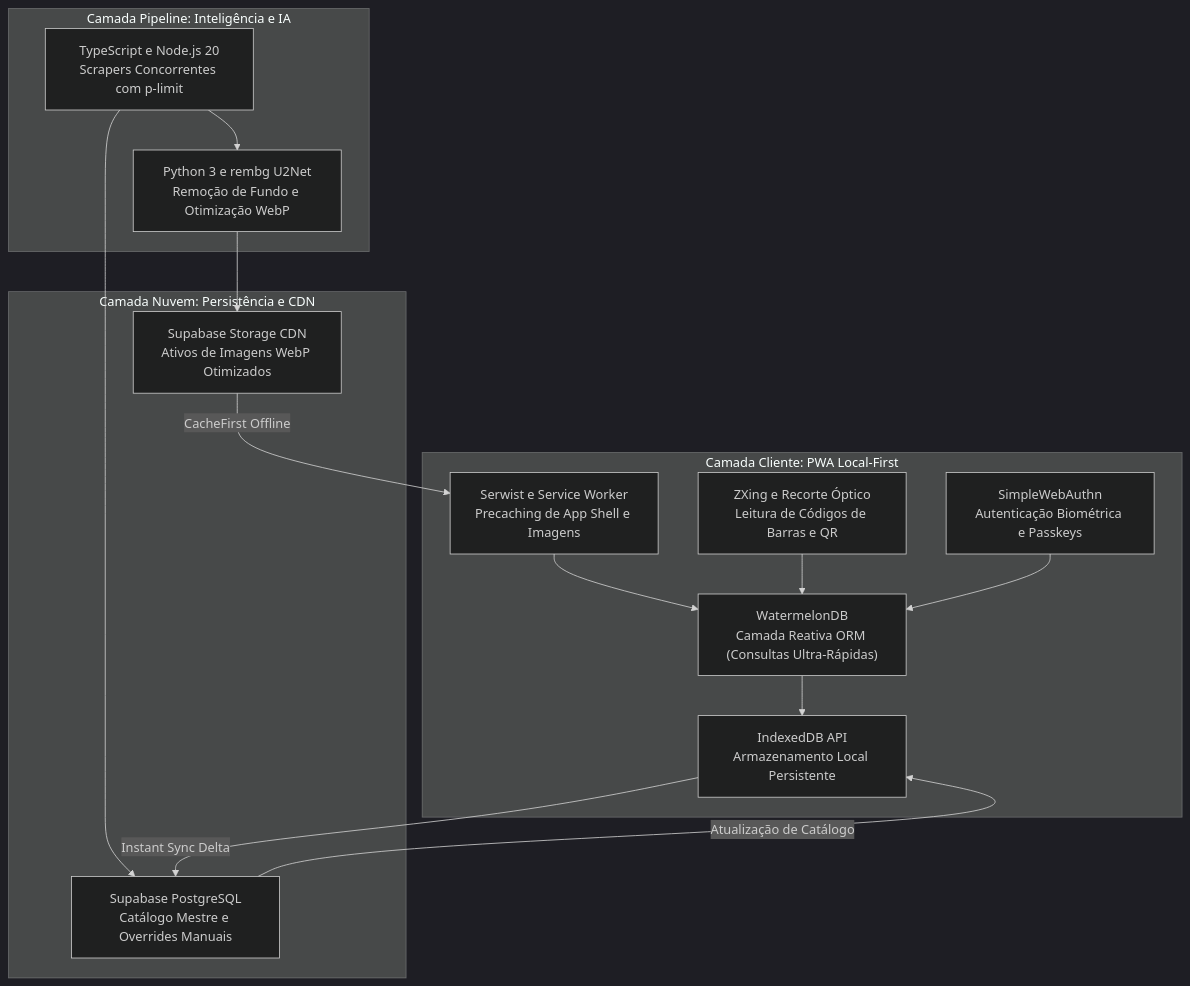
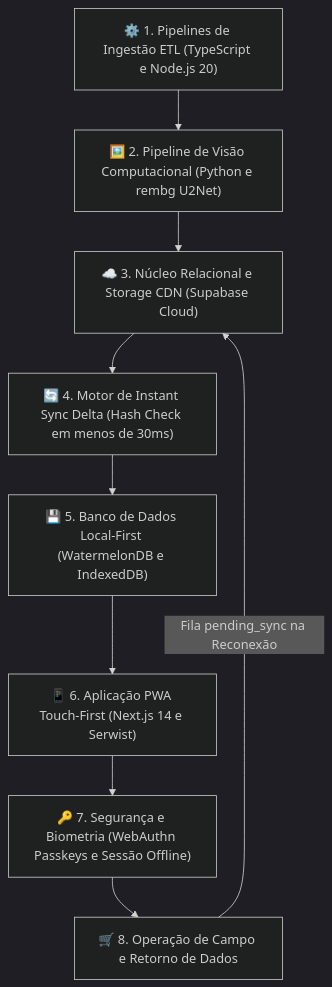
One commit to NaejBarbosa/paletscan-etl changed the third of 3 diagrams in docs/index.md. Above: the diagram before and after it, drawn with Mermaid (dark theme). The commit also changed other lines of this file and 4 other files, not shown here.

Commit message:
fix(docs): encadear diagramas em esteiras estritamente verticais para visualizacao mobile perfeita

````diff
--- a/docs/index.md
+++ b/docs/index.md
@@ -123,33 +100,12 @@
 ```mermaid
 flowchart TD
-    subgraph FrontendLocal ["Camada Cliente: PWA Local-First"]
-        SW["Serwist e Service Worker\nPrecaching de App Shell e Imagens"]
-        WDB["WatermelonDB\nCamada Reativa ORM (Consultas Ultra-Rápidas)"]
-        IDB["IndexedDB API\nArmazenamento Local Persistente"]
-        ZX["ZXing e Recorte Óptico\nLeitura de Códigos de Barras e QR"]
-        WA["SimpleWebAuthn\nAutenticação Biométrica e Passkeys"]
-
-        SW --> WDB
-        WDB --> IDB
-        ZX --> WDB
-        WA --> WDB
-    end
-
-    subgraph NuvemCloud ["Camada Nuvem: Persistência e CDN"]
-        SUPA["Supabase PostgreSQL\nCatálogo Mestre e Overrides Manuais"]
-        BUCKET["Supabase Storage CDN\nAtivos de Imagens WebP Otimizados"]
-    end
-
-    subgraph PipelineBackend ["Camada Pipeline: Inteligência e IA"]
-        SCRAP["TypeScript e Node.js 20\nScrapers Concorrentes com p-limit"]
-        AI["Python 3 e rembg U2Net\nRemoção de Fundo e Otimização WebP"]
-
-        SCRAP --> AI
-        AI --> BUCKET
-        SCRAP --> SUPA
-    end
-
-    IDB -->|Instant Sync Delta| SUPA
-    SUPA -->|Atualização de Catálogo| IDB
-    BUCKET -->|CacheFirst Offline| SW
+    ETL["⚙️ 1. Pipelines de Ingestão ETL (TypeScript e Node.js 20)"]
+    ETL --> AI["🖼️ 2. Pipeline de Visão Computacional (Python e rembg U2Net)"]
+    AI --> SUPA["☁️ 3. Núcleo Relacional e Storage CDN (Supabase Cloud)"]
+    SUPA --> SYNC["🔄 4. Motor de Instant Sync Delta (Hash Check em menos de 30ms)"]
+    SYNC --> WDB["💾 5. Banco de Dados Local-First (WatermelonDB e IndexedDB)"]
+    WDB --> PWA["📱 6. Aplicação PWA Touch-First (Next.js 14 e Serwist)"]
+    PWA --> AUTH["🔑 7. Segurança e Biometria (WebAuthn Passkeys e Sessão Offline)"]
+    AUTH --> RTN["🛒 8. Operação de Campo e Retorno de Dados"]
+    RTN -->|Fila pending_sync na Reconexão| SUPA
 ```
````
